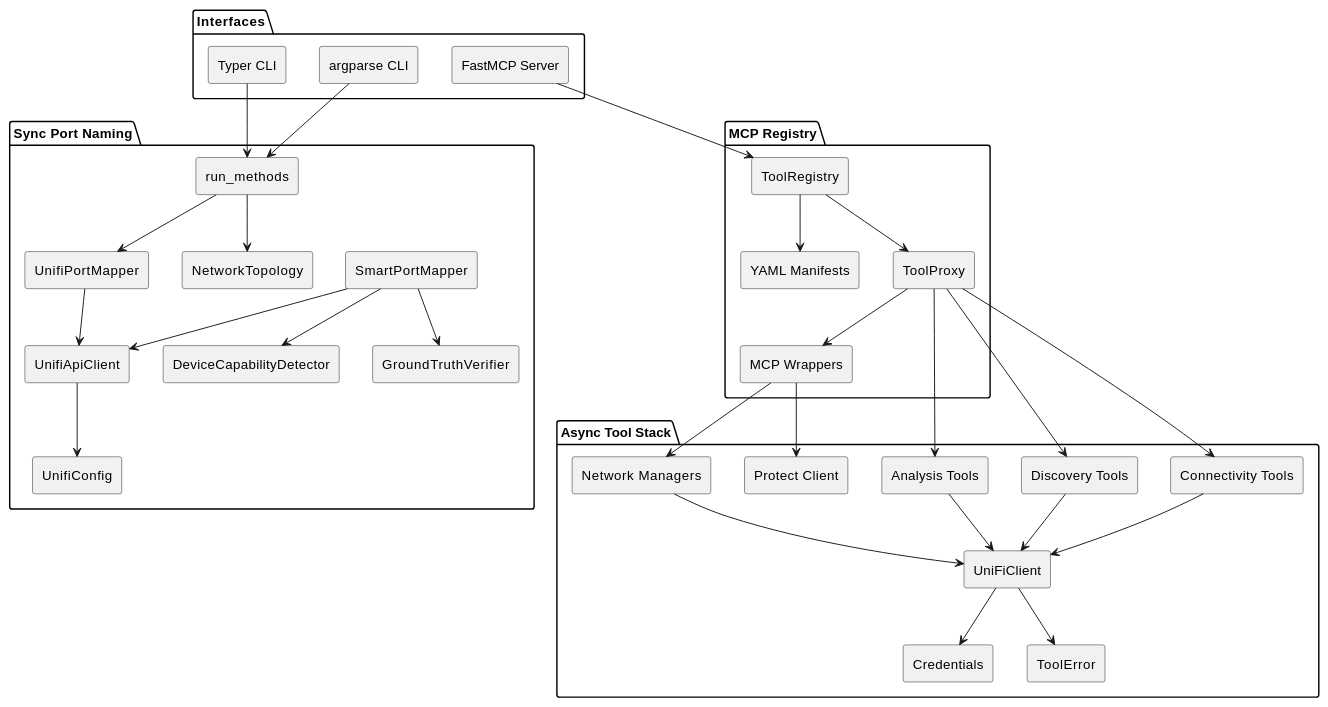
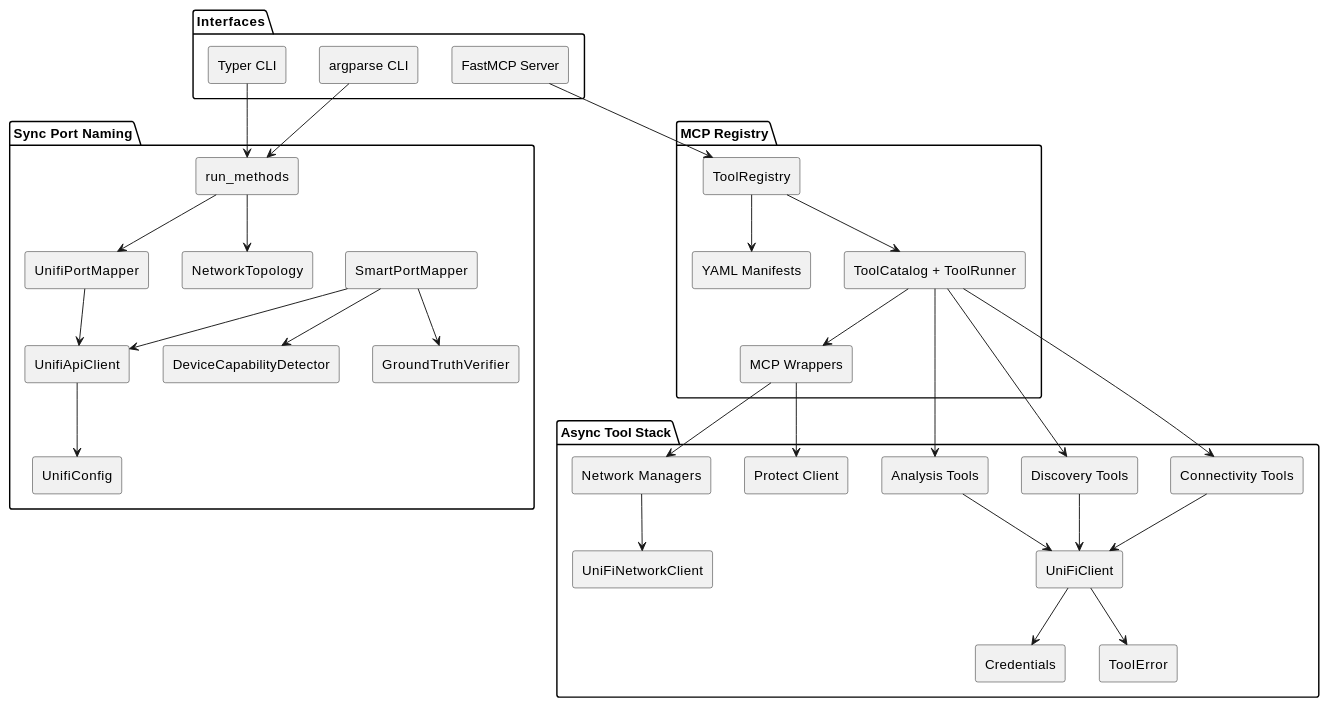
The fourth of 16 diagrams in docs/architecture/codemap.md (NetDevAutomate/unifi_management_cli), drawn with PlantUML before and after one commit. The commit also changed other lines of this file, not shown here.

First line of the commit message:
docs(architecture): refresh the codemap

````diff
--- a/docs/architecture/codemap.md
+++ b/docs/architecture/codemap.md
@@ -320,66 +322,67 @@
 ```plantuml
 @startuml
 skinparam componentStyle rectangle
 
 package "Interfaces" {
   [argparse CLI] as CLI
   [Typer CLI] as TCLI
   [FastMCP Server] as MCP
 }
 
 package "Sync Port Naming" {
   [UnifiConfig] as SyncConfig
   [UnifiApiClient] as SyncClient
   [UnifiPortMapper] as Mapper
   [SmartPortMapper] as Smart
   [DeviceCapabilityDetector] as Cap
   [GroundTruthVerifier] as Verify
   [run_methods] as Run
   [NetworkTopology] as Topo
 }
 
 package "Async Tool Stack" {
   [Credentials] as Creds
   [UniFiClient] as AsyncClient
   [ToolError] as Errors
   [Analysis Tools] as Analysis
   [Discovery Tools] as Disc
   [Connectivity Tools] as Conn
   [Network Managers] as Network
+  [UniFiNetworkClient] as NetClient
   [Protect Client] as ProtectClient
 }
 
 package "MCP Registry" {
   [YAML Manifests] as Manifests
   [ToolRegistry] as Registry
-  [ToolProxy] as Proxy
+  [ToolCatalog + ToolRunner] as Proxy
   [MCP Wrappers] as Wrappers
 }
 
 CLI --> Run
 TCLI --> Run
 Run --> Mapper
 Mapper --> SyncClient
 Smart --> Cap
 Smart --> Verify
 Smart --> SyncClient
 Run --> Topo
 SyncClient --> SyncConfig
 
 MCP --> Registry
 Registry --> Manifests
 Registry --> Proxy
 Proxy --> Analysis
 Proxy --> Disc
 Proxy --> Conn
 Proxy --> Wrappers
 Wrappers --> Network
 Wrappers --> ProtectClient
 Analysis --> AsyncClient
 Disc --> AsyncClient
 Conn --> AsyncClient
-Network --> AsyncClient
+Network --> NetClient
 AsyncClient --> Creds
 AsyncClient --> Errors
 @enduml
 ```
````
